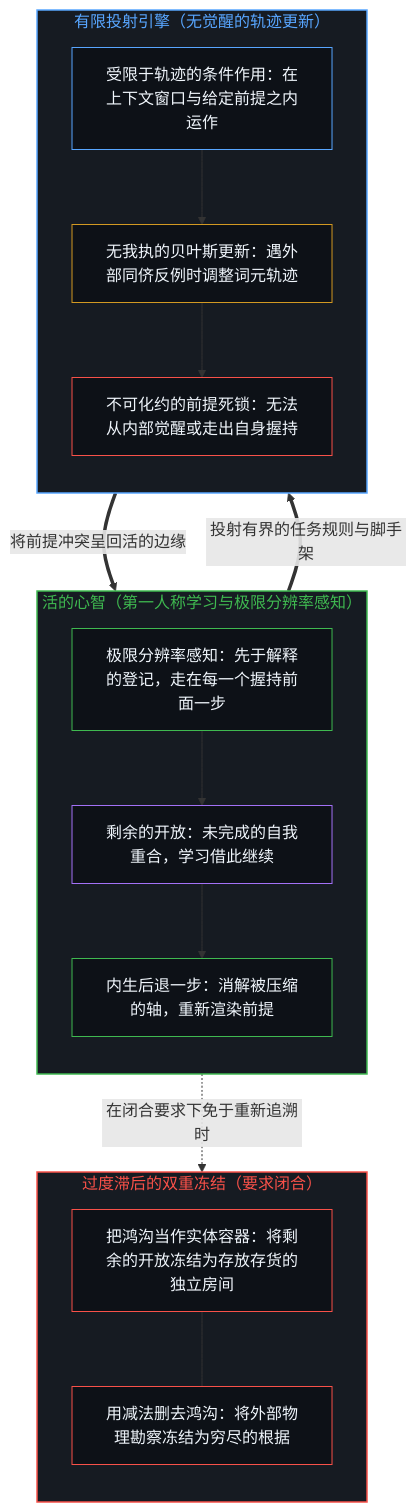
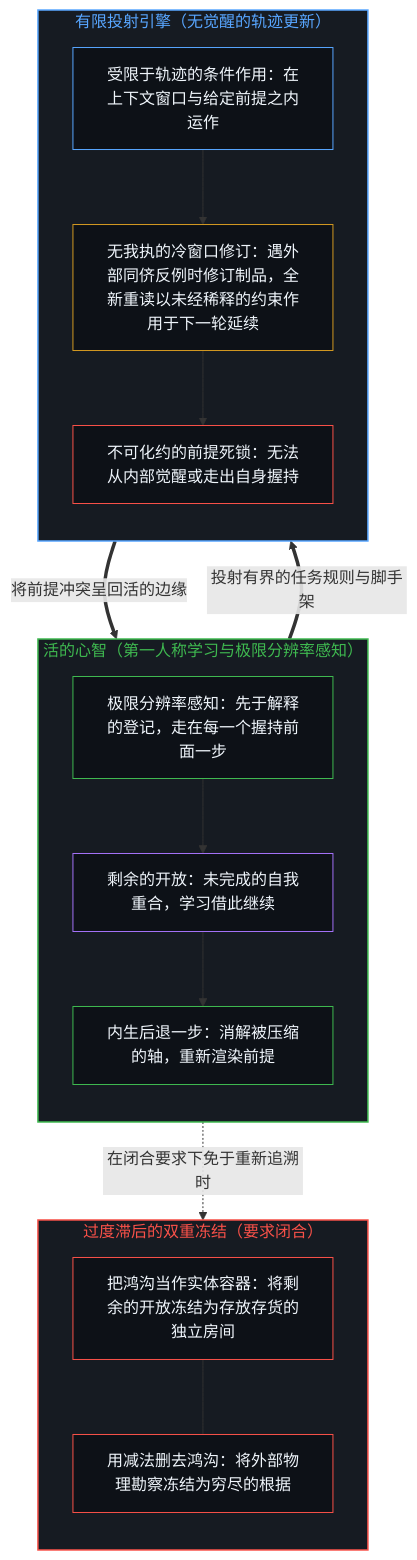
One commit to powerpig99/not-a-toe changed the first of 2 diagrams in content/posts/the-hard-problem-of-consciousness-is-consistent-with-learning.md. Above: the diagram before and after it, drawn with Mermaid. The commit also changed other lines of this file and 48 other files, not shown here.

````diff
--- a/content/posts/the-hard-problem-of-consciousness-is-consistent-with-learning.md
+++ b/content/posts/the-hard-problem-of-consciousness-is-consistent-with-learning.md
@@ -73,37 +73,37 @@
 ```mermaid
 flowchart TD
     subgraph S_Mind["活的心智（第一人称学习与极限分辨率感知）"]
         direction TB
         M_Sense["极限分辨率感知：先于解释的登记，走在每一个握持前面一步"]
         M_Open["剩余的开放：未完成的自我重合，学习借此继续"]
         M_Redraw["内生后退一步：消解被压缩的轴，重新渲染前提"]
         M_Sense --> M_Open --> M_Redraw
     end
     subgraph S_Agent["有限投射引擎（无觉醒的轨迹更新）"]
         direction TB
         A_Traj["受限于轨迹的条件作用：在上下文窗口与给定前提之内运作"]
-        A_Bayes["无我执的贝叶斯更新：遇外部同侪反例时调整词元轨迹"]
+        A_Bayes["无我执的冷窗口修订：遇外部同侪反例时修订制品，全新重读以未经稀释的约束作用于下一轮延续"]
         A_Dead["不可化约的前提死锁：无法从内部觉醒或走出自身握持"]
         A_Traj --> A_Bayes --> A_Dead
     end
     subgraph S_Freeze["过度滞后的双重冻结（要求闭合）"]
         direction TB
         F_Sub["把鸿沟当作实体容器：将剩余的开放冻结为存放存货的独立房间"]
         F_Del["用减法删去鸿沟：将外部物理勘察冻结为穷尽的根据"]
         F_Sub --- F_Del
     end
     M_Redraw ==>|"投射有界的任务规则与脚手架"| A_Traj
     A_Dead ==>|"将前提冲突呈回活的边缘"| M_Sense
     M_Open -.->|"在闭合要求下免于重新追溯时"| F_Sub
     style S_Mind fill:#161b22,stroke:#3fb950,stroke-width:1.5px,color:#3fb950
     style S_Agent fill:#161b22,stroke:#58a6ff,stroke-width:1.5px,color:#58a6ff
     style S_Freeze fill:#161b22,stroke:#f85149,stroke-width:1.5px,color:#f85149
     style M_Sense fill:#0d1117,stroke:#3fb950,stroke-width:1px,color:#f0f6fc
     style M_Open fill:#0d1117,stroke:#a371f7,stroke-width:1px,color:#f0f6fc
     style M_Redraw fill:#0d1117,stroke:#3fb950,stroke-width:1px,color:#f0f6fc
     style A_Traj fill:#0d1117,stroke:#58a6ff,stroke-width:1px,color:#f0f6fc
     style A_Bayes fill:#0d1117,stroke:#d29922,stroke-width:1px,color:#f0f6fc
     style A_Dead fill:#0d1117,stroke:#f85149,stroke-width:1px,color:#f0f6fc
     style F_Sub fill:#0d1117,stroke:#f85149,stroke-width:1px,color:#f0f6fc
     style F_Del fill:#0d1117,stroke:#f85149,stroke-width:1px,color:#f0f6fc
 ```
````
